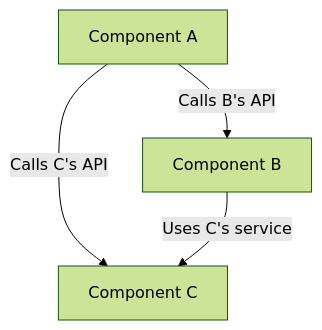
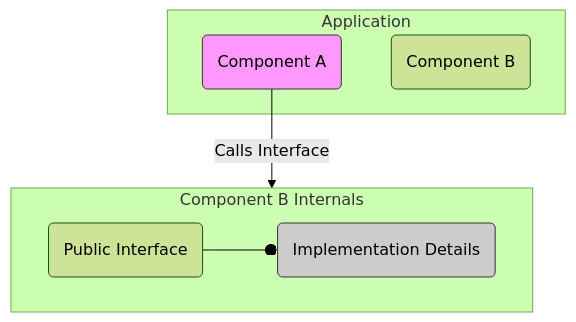
One commit to bmeurant/technical-docs changed the diagram in software-architecture/architectural-styles/component-based.md. Above: the diagram before and after it, drawn with Mermaid (forest theme). The commit also changed other lines of this file and 35 other files, not shown here.

Commit message:
docs(software-architecture): various fixes

````diff
--- a/software-architecture/architectural-styles/component-based.md
+++ b/software-architecture/architectural-styles/component-based.md
@@ -22,10 +23,17 @@
 ```mermaid
 graph TD
-    A[Component A]
-    B[Component B]
-    C[Component C]
+    subgraph "Application"
+        C1(Component A)
+        C2(Component B)
+    end
 
-    A -- "Calls B's API" --> B
-    A -- "Calls C's API" --> C
-    B -- "Uses C's service" --> C
+    subgraph "Component B Internals"
+        direction LR
+        B_API(Public Interface) --o B_Internal(Implementation Details)
+    end
+
+    C1 -- "Calls Interface" --> B_API
+
+    style C1 fill:#f9f,stroke:#333
+    style B_Internal fill:#ccc,stroke:#333
 ```
````
